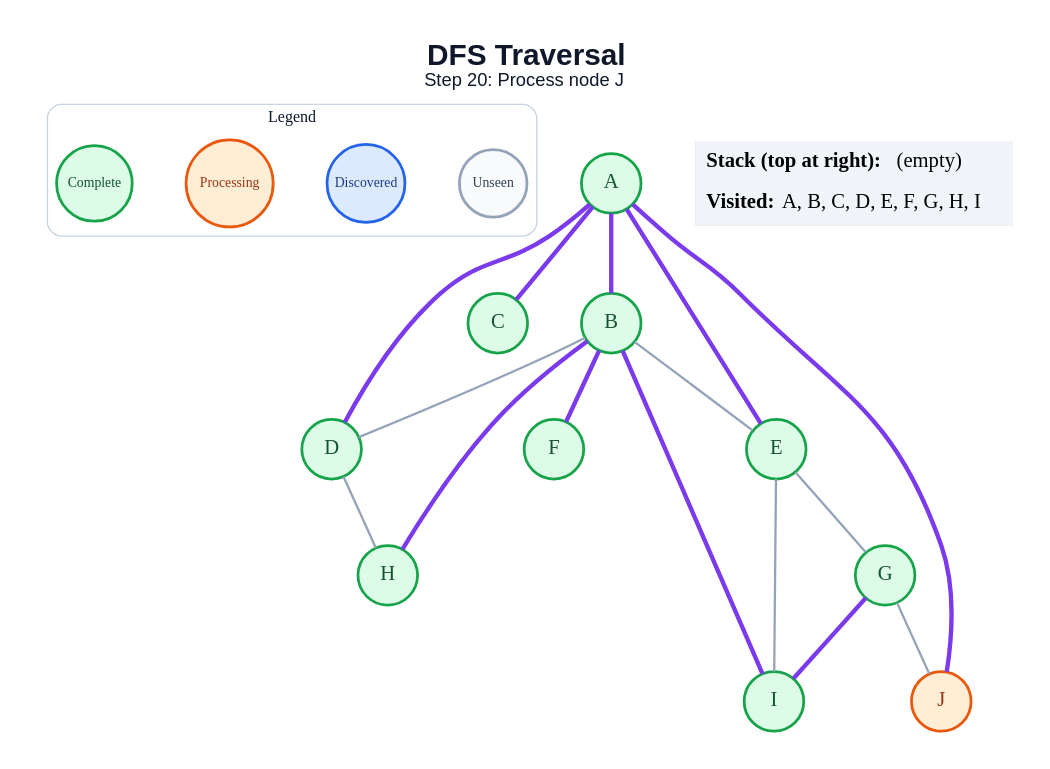
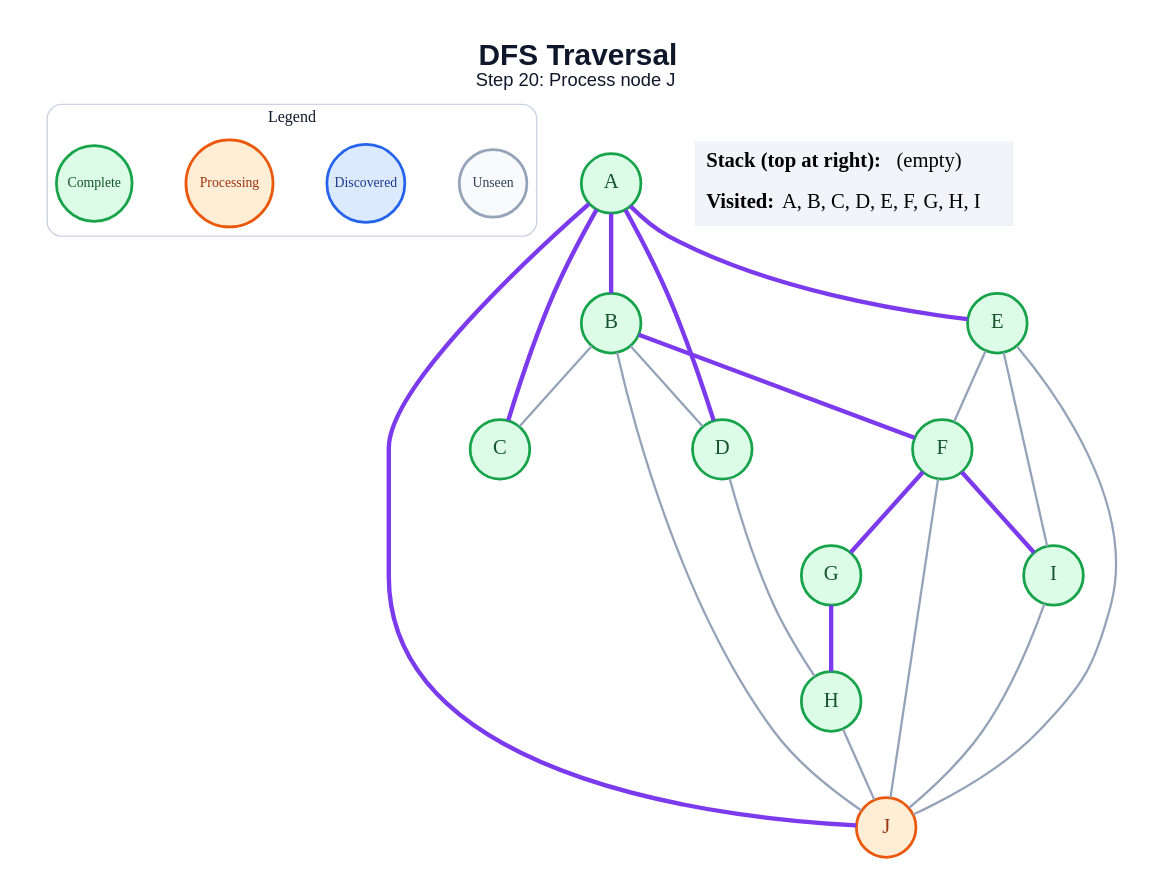
Before and after one commit to anon7238593-create/ai-slop: the diagram in generated/dfs/step_20.dot, drawn with Graphviz. The commit also changed 171 other files, not shown here.

```diff
--- a/generated/dfs/step_20.dot
+++ b/generated/dfs/step_20.dot
@@ -1,44 +1,48 @@
 graph traversal {
   graph [layout=dot, rankdir=TB, bgcolor="#FFFFFF", pad="0.35", nodesep="0.65", ranksep="0.8", fontname="Arial"];
   node [shape=circle, style="filled", fontname="Arial Bold", fontsize=18, width=0.72, fixedsize=true, penwidth=2.4];
   edge [color="#94A3B8", penwidth=2.0];
   label=<<B>DFS Traversal</B><BR/><FONT POINT-SIZE="16">Step 20: Process node J</FONT>>; labelloc="t"; fontsize=26; fontname="Arial"; fontcolor="#0F172A";
   subgraph cluster_legend { label="Legend"; color="#CBD5E1"; penwidth=1.2; style="rounded"; fontsize=14; fontname="Arial Bold";
     key_unseen [label="Unseen", fillcolor="#F8FAFC", color="#94A3B8", fontcolor="#334155", fontsize=12, width=0.82];
     key_frontier [label="Discovered", fillcolor="#DBEAFE", color="#2563EB", fontcolor="#1E3A8A", fontsize=12, width=0.95];
     key_current [label="Processing", fillcolor="#FFEDD5", color="#EA580C", fontcolor="#9A3412", fontsize=12, width=1.05];
     key_done [label="Complete", fillcolor="#DCFCE7", color="#16A34A", fontcolor="#14532D", fontsize=12, width=0.92];
     { rank=same; key_unseen; key_frontier; key_current; key_done; }
   }
   A [fillcolor="#DCFCE7", color="#16A34A", fontcolor="#14532D"];
   B [fillcolor="#DCFCE7", color="#16A34A", fontcolor="#14532D"];
   C [fillcolor="#DCFCE7", color="#16A34A", fontcolor="#14532D"];
   D [fillcolor="#DCFCE7", color="#16A34A", fontcolor="#14532D"];
   E [fillcolor="#DCFCE7", color="#16A34A", fontcolor="#14532D"];
   F [fillcolor="#DCFCE7", color="#16A34A", fontcolor="#14532D"];
   G [fillcolor="#DCFCE7", color="#16A34A", fontcolor="#14532D"];
   H [fillcolor="#DCFCE7", color="#16A34A", fontcolor="#14532D"];
   I [fillcolor="#DCFCE7", color="#16A34A", fontcolor="#14532D"];
   J [fillcolor="#FFEDD5", color="#EA580C", fontcolor="#9A3412"];
   A -- B [color="#7C3AED", penwidth=3.8];
   A -- C [color="#7C3AED", penwidth=3.8];
   A -- D [color="#7C3AED", penwidth=3.8];
   A -- E [color="#7C3AED", penwidth=3.8];
   A -- J [color="#7C3AED", penwidth=3.8];
+  B -- C;
   B -- D;
-  B -- E;
   B -- F [color="#7C3AED", penwidth=3.8];
-  B -- H [color="#7C3AED", penwidth=3.8];
-  B -- I [color="#7C3AED", penwidth=3.8];
+  B -- J;
   D -- H;
-  E -- G;
+  E -- F;
   E -- I;
-  G -- I [color="#7C3AED", penwidth=3.8];
-  G -- J;
+  E -- J;
+  F -- G [color="#7C3AED", penwidth=3.8];
+  F -- I [color="#7C3AED", penwidth=3.8];
+  F -- J;
+  G -- H [color="#7C3AED", penwidth=3.8];
+  H -- J;
+  I -- J;
   status [shape=plain, fixedsize=false, width=0, height=0, margin=0, label=<
     <TABLE BORDER="0" CELLBORDER="0" CELLPADDING="7" BGCOLOR="#F1F5F9">
       <TR><TD ALIGN="LEFT"><B>Stack (top at right):</B> (empty)</TD></TR>
       <TR><TD ALIGN="LEFT"><B>Visited:</B> A, B, C, D, E, F, G, H, I</TD></TR>
     </TABLE>
   >];
 }
```
